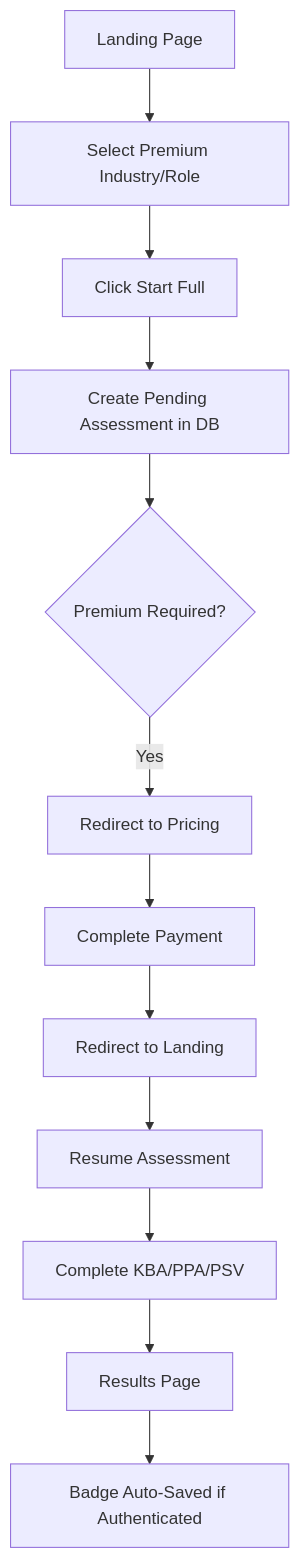
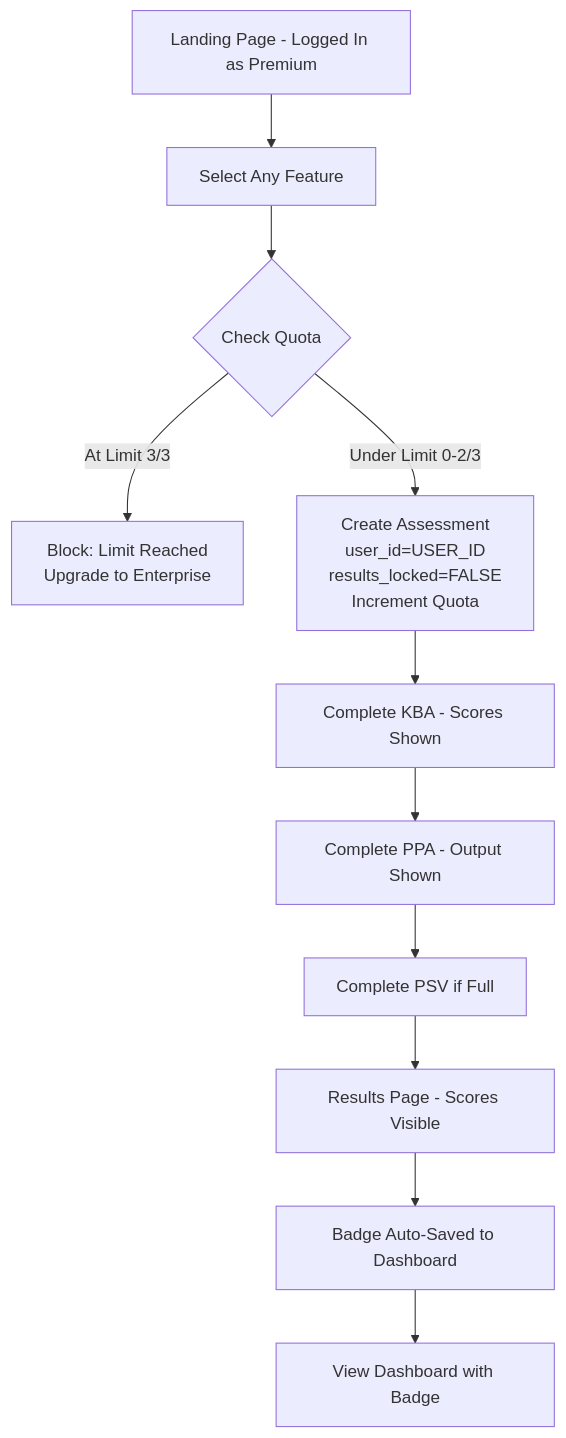
The fourth of 5 diagrams in Simplified_User_Conversion_Journey.md (promptranks/pr-poc), drawn with Mermaid before and after one commit. The commit also changed other lines of this file and 40 other files, not shown here.

````diff
--- a/Simplified_User_Conversion_Journey.md
+++ b/Simplified_User_Conversion_Journey.md
@@ -280,14 +126,13 @@
 ```mermaid
 graph TD
-    A[Landing Page] --> B[Select Premium Industry/Role]
-    B --> C[Click Start Full]
-    C --> D[Create Pending Assessment in DB]
-    D --> E{Premium Required?}
-    E -->|Yes| F[Redirect to Pricing]
-    F --> G[Complete Payment]
-    G --> H[Redirect to Landing]
-    H --> I[Resume Assessment]
-    I --> J[Complete KBA/PPA/PSV]
-    J --> K[Results Page]
-    K --> L[Badge Auto-Saved if Authenticated]
+    A[Landing Page - Logged In as Premium] --> B[Select Any Feature]
+    B --> C{Check Quota}
+    C -->|At Limit 3/3| D[Block: Limit Reached<br/>Upgrade to Enterprise]
+    C -->|Under Limit 0-2/3| E[Create Assessment<br/>user_id=USER_ID<br/>results_locked=FALSE<br/>Increment Quota]
+    E --> F[Complete KBA - Scores Shown]
+    F --> G[Complete PPA - Output Shown]
+    G --> H[Complete PSV if Full]
+    H --> I[Results Page - Scores Visible]
+    I --> J[Badge Auto-Saved to Dashboard]
+    J --> K[View Dashboard with Badge]
 ```
````
